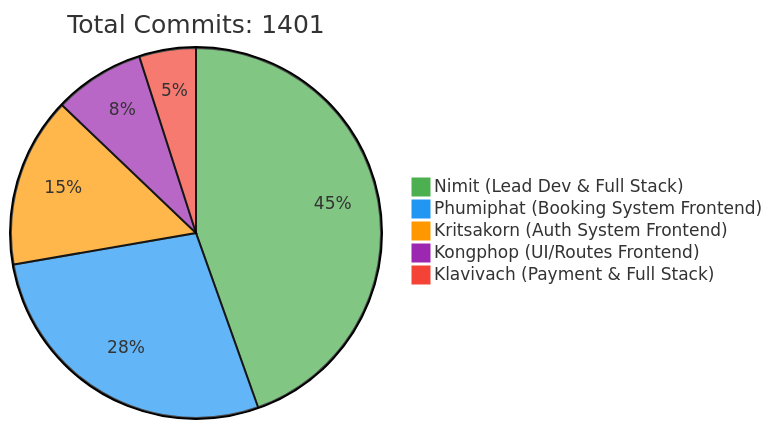
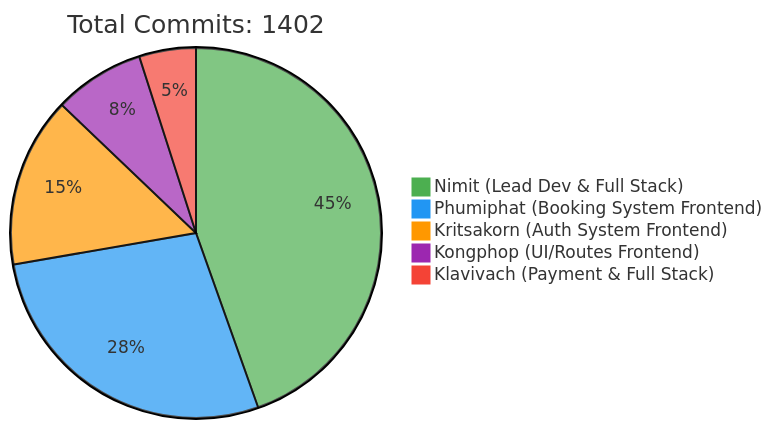
One commit to 6531503042/Sport-Complex changed the first of 2 diagrams in README.md. Above: the diagram before and after it, drawn with Mermaid. The commit also changed other lines of this file, not shown here.

Commit message:
docs: Update contributor statistics [skip ci]

````diff
--- a/README.md
+++ b/README.md
@@ -257,10 +257,10 @@
 ```mermaid
 %%{init: {'theme': 'base', 'themeVariables': { 'pie1': '#4CAF50', 'pie2': '#2196F3', 'pie3': '#FF9800', 'pie4': '#9C27B0', 'pie5': '#F44336'}}}%%
 pie
-    title Total Commits: 1401
+    title Total Commits: 1402
     "Nimit (Lead Dev & Full Stack)" : 450
     "Phumiphat (Booking System Frontend)" : 280
     "Kritsakorn (Auth System Frontend)" : 150
     "Kongphop (UI/Routes Frontend)" : 80
     "Klavivach (Payment & Full Stack)" : 50
 ```
````
